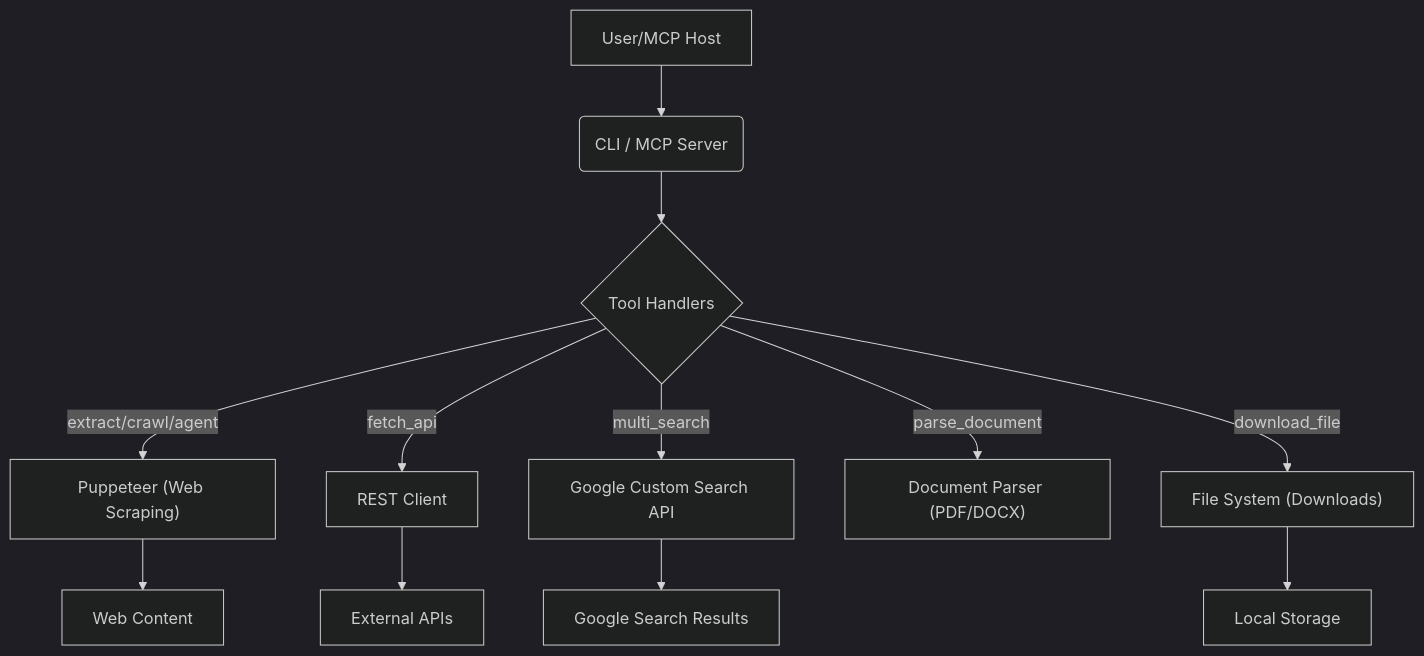
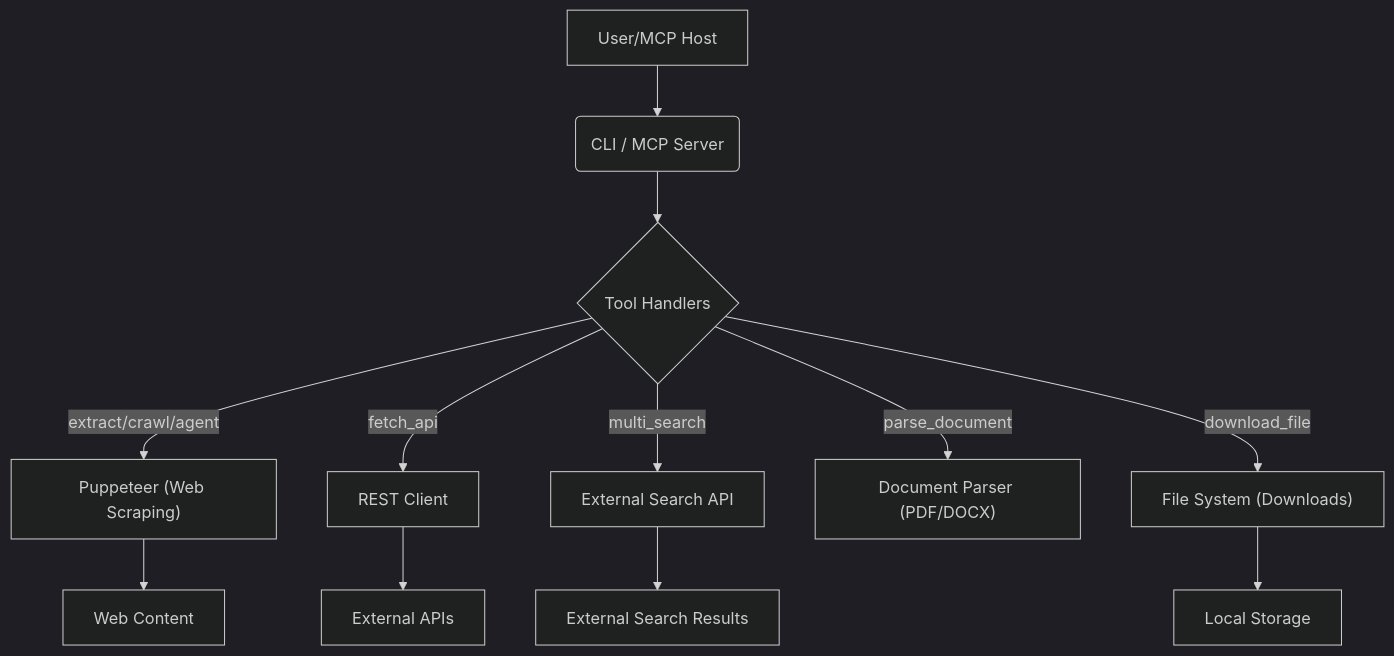
The diagram in README.md (rayss868/MCP-Web-Curl), drawn with Mermaid (dark theme) before and after one commit. The commit also changed other lines of this file and 216 other files, not shown here.

First line of the commit message:
Add external search API + web fetch fallback, googleSearch refactor, research/thesis artifacts

````diff
--- a/README.md
+++ b/README.md
@@ -141,14 +137,14 @@
 ```mermaid
 graph TD
     A[User/MCP Host] --> B(CLI / MCP Server)
     B --> C{Tool Handlers}
     C -- extract/crawl/agent --> D["Puppeteer (Web Scraping)"]
     C -- fetch_api --> E["REST Client"]
-    C -- multi_search --> F["Google Custom Search API"]
+    C -- multi_search --> F["External Search API"]
     C -- parse_document --> G["Document Parser (PDF/DOCX)"]
     C -- download_file --> H["File System (Downloads)"]
     D --> I["Web Content"]
     E --> J["External APIs"]
-    F --> K["Google Search Results"]
+    F --> K["External Search Results"]
     H --> L["Local Storage"]
 ```
````
